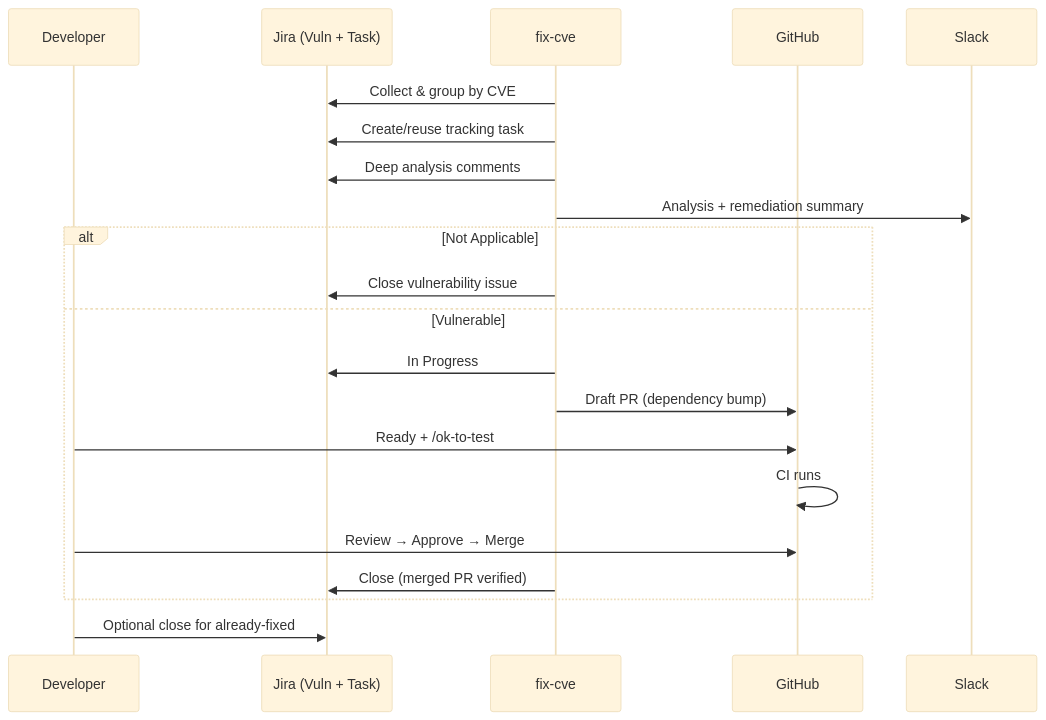
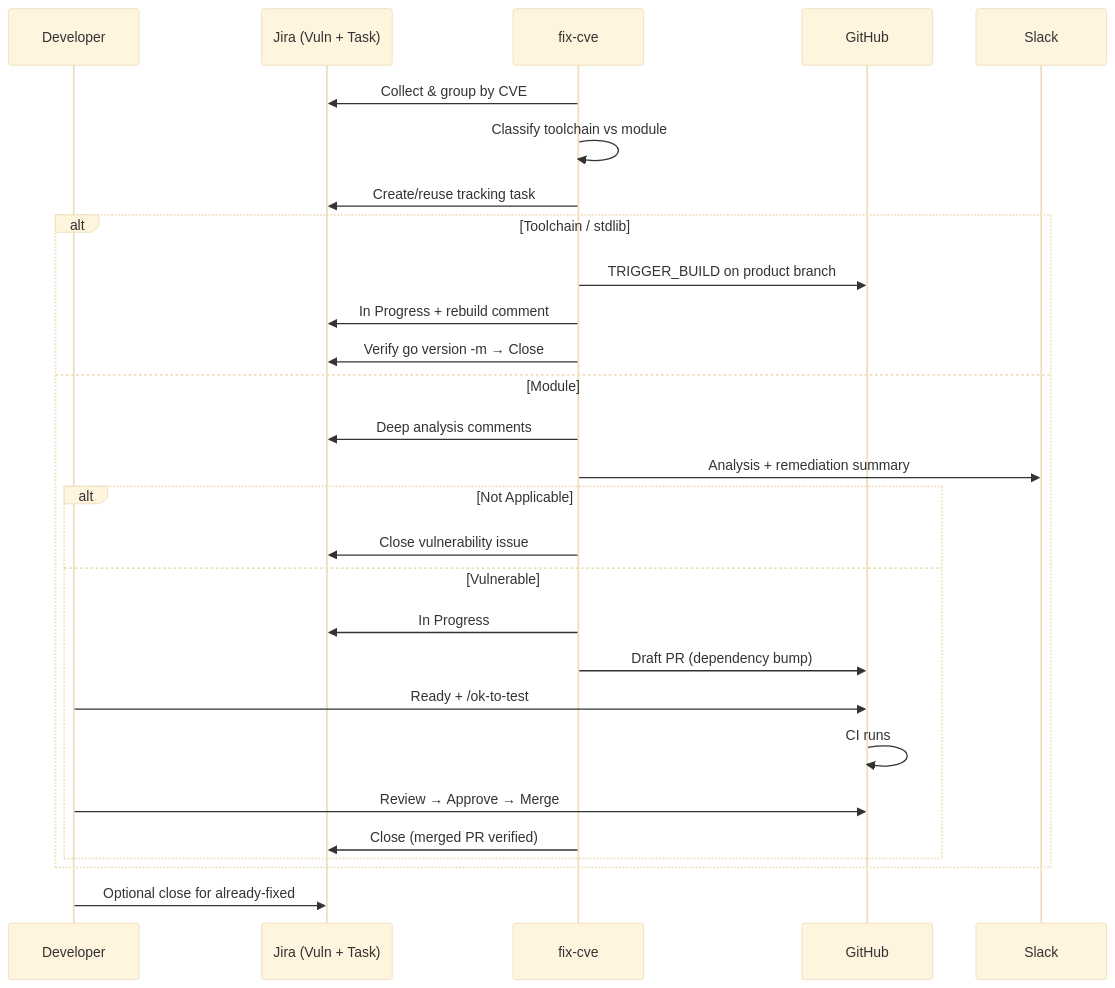
One commit to stolostron/server-foundation-agent changed the second of 2 diagrams in docs/automated-cve-fix-developer-guide.md. Above: the diagram before and after it, drawn with Mermaid (base theme). The commit also changed other lines of this file and 22 other files, not shown here.

First line of the commit message:
Add Go toolchain CVE skills and classify-first routing

````diff
--- a/docs/automated-cve-fix-developer-guide.md
+++ b/docs/automated-cve-fix-developer-guide.md
@@ -112,24 +122,31 @@
 ```mermaid
 sequenceDiagram
   participant Dev as Developer
   participant Jira as Jira (Vuln + Task)
   participant CVE as fix-cve
   participant GH as GitHub
   participant Slack as Slack
 
   CVE->>Jira: Collect & group by CVE
+  CVE->>CVE: Classify toolchain vs module
   CVE->>Jira: Create/reuse tracking task
-  CVE->>Jira: Deep analysis comments
-  CVE->>Slack: Analysis + remediation summary
-  alt Not Applicable
-    CVE->>Jira: Close vulnerability issue
-  else Vulnerable
-    CVE->>Jira: In Progress
-    CVE->>GH: Draft PR (dependency bump)
-    Dev->>GH: Ready + /ok-to-test
-    GH->>GH: CI runs
-    Dev->>GH: Review → Approve → Merge
-    CVE->>Jira: Close (merged PR verified)
+  alt Toolchain / stdlib
+    CVE->>GH: TRIGGER_BUILD on product branch
+    CVE->>Jira: In Progress + rebuild comment
+    CVE->>Jira: Verify go version -m → Close
+  else Module
+    CVE->>Jira: Deep analysis comments
+    CVE->>Slack: Analysis + remediation summary
+    alt Not Applicable
+      CVE->>Jira: Close vulnerability issue
+    else Vulnerable
+      CVE->>Jira: In Progress
+      CVE->>GH: Draft PR (dependency bump)
+      Dev->>GH: Ready + /ok-to-test
+      GH->>GH: CI runs
+      Dev->>GH: Review → Approve → Merge
+      CVE->>Jira: Close (merged PR verified)
+    end
   end
   Dev->>Jira: Optional close for already-fixed
 ```
````
